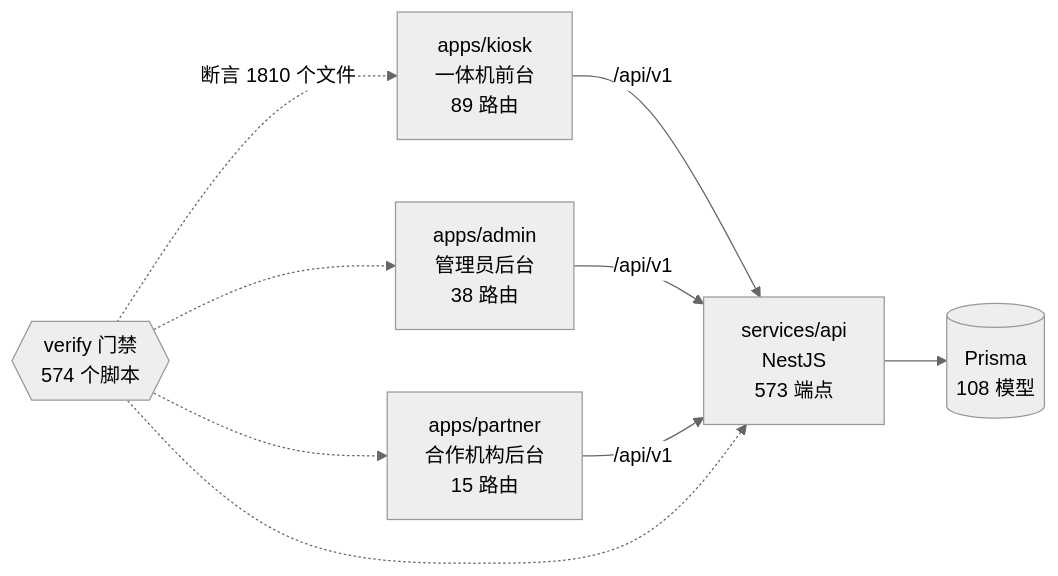
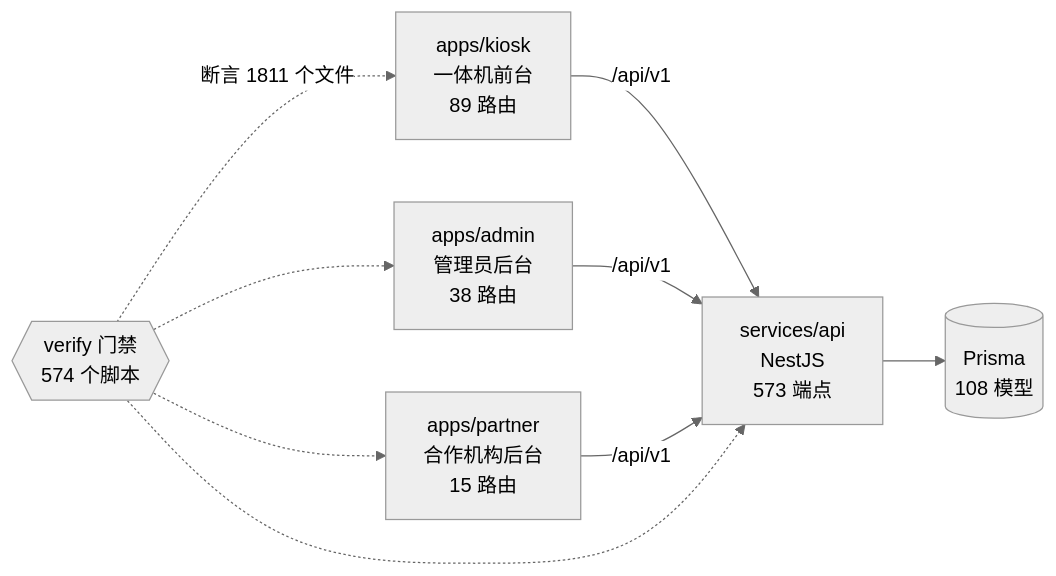
The diagram in docs/graph/README.md (wanglei581/YITIJI), drawn with Mermaid (neutral theme) before and after one commit. The commit also changed other lines of this file and 26 other files, not shown here.

````diff
--- a/docs/graph/README.md
+++ b/docs/graph/README.md
@@ -68,18 +68,18 @@
 ```mermaid
 flowchart LR
   kiosk["apps/kiosk<br/>一体机前台<br/>89 路由"]
   admin["apps/admin<br/>管理员后台<br/>38 路由"]
   partner["apps/partner<br/>合作机构后台<br/>15 路由"]
   api["services/api<br/>NestJS<br/>573 端点"]
   db[("Prisma<br/>108 模型")]
   gates{{"verify 门禁<br/>574 个脚本"}}
 
   kiosk -->|"/api/v1"| api
   admin -->|"/api/v1"| api
   partner -->|"/api/v1"| api
   api --> db
-  gates -.->|"断言 1810 个文件"| kiosk
+  gates -.->|"断言 1811 个文件"| kiosk
   gates -.-> admin
   gates -.-> partner
   gates -.-> api
 ```
````
